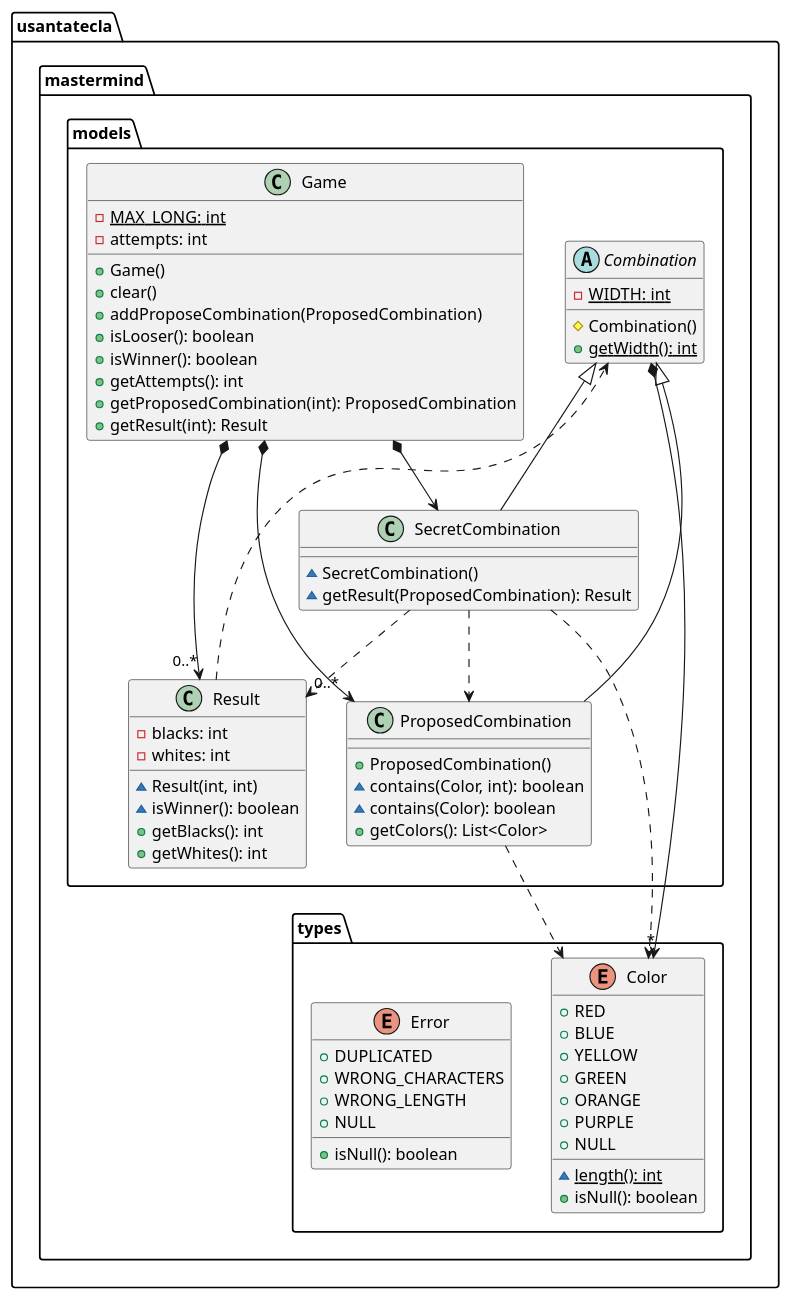
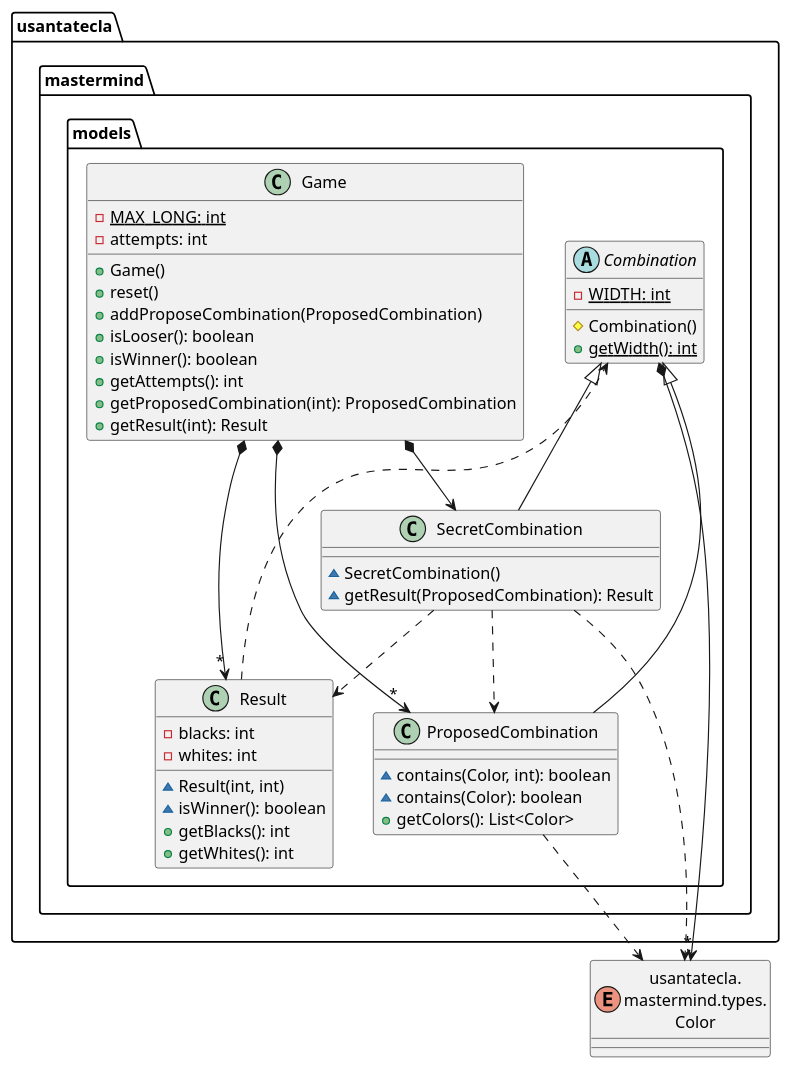
Before and after one commit to SantaTecla-mastermind/solution.java.swing.socket.sql: the fifth of 7 diagrams in documentView/withFactoryMethod/docs/diagrams/src/paquetes.plantuml, drawn with PlantUML. The commit also changed other lines of this file and 62 other files, not shown here.

```diff
--- a/documentView/withFactoryMethod/docs/diagrams/src/paquetes.plantuml
+++ b/documentView/withFactoryMethod/docs/diagrams/src/paquetes.plantuml
@@ -346,74 +353,54 @@
 @startuml usantatecla.mastermind.models
+enum Color as "usantatecla.\nmastermind.types.\nColor"
+
 abstract class usantatecla.mastermind.models.Combination {
-- {static} WIDTH: int
-# Combination()
-+ {static} getWidth(): int
+    - {static} WIDTH: int
+    # Combination()
+    + {static} getWidth(): int
 }
-usantatecla.mastermind.models.Combination *-down-> "*" usantatecla.mastermind.types.Color
+usantatecla.mastermind.models.Combination *-down-> "*" Color
 
 class usantatecla.mastermind.models.Game {
-- {static} MAX_LONG: int
-- attempts: int
-+ Game()
-+ clear()
-+ addProposeCombination(ProposedCombination)
-+ isLooser(): boolean
-+ isWinner(): boolean
-+ getAttempts(): int
-+ getProposedCombination(int): ProposedCombination
-+ getResult(int): Result
+    - {static} MAX_LONG: int
+    - attempts: int
+    + Game()
+    + reset()
+    + addProposeCombination(ProposedCombination)
+    + isLooser(): boolean
+    + isWinner(): boolean
+    + getAttempts(): int
+    + getProposedCombination(int): ProposedCombination
+    + getResult(int): Result
 }
 usantatecla.mastermind.models.Game *-down-> usantatecla.mastermind.models.SecretCombination
-usantatecla.mastermind.models.Game *-down-> "0..*" usantatecla.mastermind.models.Result
-usantatecla.mastermind.models.Game *-down-> "0..*" usantatecla.mastermind.models.ProposedCombination
+usantatecla.mastermind.models.Game *-down-> "*" usantatecla.mastermind.models.Result
+usantatecla.mastermind.models.Game *-down-> "*" usantatecla.mastermind.models.ProposedCombination
 
 class usantatecla.mastermind.models.ProposedCombination {
-+ ProposedCombination()
-~ contains(Color, int): boolean
-~ contains(Color): boolean
-+ getColors(): List<Color>
+    ~ contains(Color, int): boolean
+    ~ contains(Color): boolean
+    + getColors(): List<Color>
 }
-usantatecla.mastermind.models.Combination <|-down- usantatecla.mastermind.models.ProposedCombination
-usantatecla.mastermind.models.ProposedCombination ..> usantatecla.mastermind.types.Color
+usantatecla.mastermind.models.ProposedCombination -up-|> usantatecla.mastermind.models.Combination
+usantatecla.mastermind.models.ProposedCombination ..> Color
+
+class usantatecla.mastermind.models.Result {
+    - blacks: int
+    - whites: int
+    ~ Result(int, int)
+    ~ isWinner(): boolean
+    + getBlacks(): int
+    + getWhites(): int
+}
+
+usantatecla.mastermind.models.Result ..> usantatecla.mastermind.models.Combination
 
 class usantatecla.mastermind.models.SecretCombination {
-~ SecretCombination()
-~ getResult(ProposedCombination): Result
+    ~ SecretCombination()
+    ~ getResult(ProposedCombination): Result
 }
-usantatecla.mastermind.models.Combination <|-down- usantatecla.mastermind.models.SecretCombination
+usantatecla.mastermind.models.SecretCombination -up-|> usantatecla.mastermind.models.Combination
 usantatecla.mastermind.models.SecretCombination ..> usantatecla.mastermind.models.Result
 usantatecla.mastermind.models.SecretCombination ..> usantatecla.mastermind.models.ProposedCombination
-usantatecla.mastermind.models.SecretCombination ..> usantatecla.mastermind.types.Color
-
-class usantatecla.mastermind.models.Result {
-- blacks: int
-- whites: int
-~ Result(int, int)
-~ isWinner(): boolean
-+ getBlacks(): int
-+ getWhites(): int
-}
-
-usantatecla.mastermind.models.Result -down..> usantatecla.mastermind.models.Combination
-
-enum usantatecla.mastermind.types.Color {
-+ RED
-+ BLUE
-+ YELLOW
-+ GREEN
-+ ORANGE
-+ PURPLE
-+ NULL
-~ {static} length(): int
-+ isNull(): boolean
-}
-
-enum usantatecla.mastermind.types.Error {
-+ DUPLICATED
-+ WRONG_CHARACTERS
-+ WRONG_LENGTH
-+ NULL
-+ isNull(): boolean
-}
-
+usantatecla.mastermind.models.SecretCombination ..> Color
 @enduml
```
